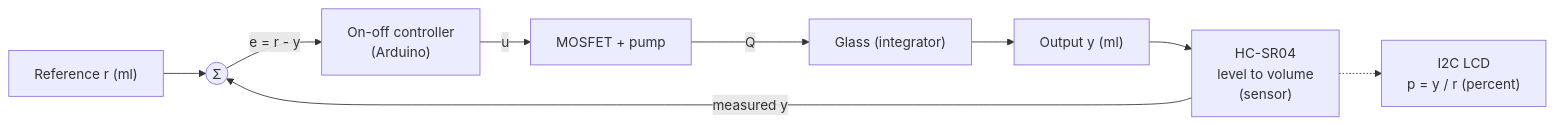
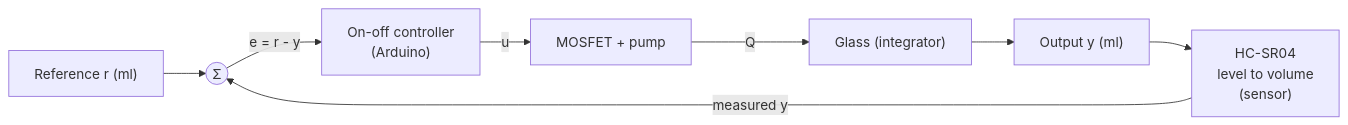
One commit to Rollie321/acads-notes changed the second of 3 diagrams in Feedback/Finals/Project/project-1/01-project-overview.md. Above: the diagram before and after it, drawn with Mermaid. The commit also changed other lines of this file and 6 other files, not shown here.

Commit message:
update schematics for water-level-sensor

````diff
--- a/Feedback/Finals/Project/project-1/01-project-overview.md
+++ b/Feedback/Finals/Project/project-1/01-project-overview.md
@@ -79,11 +77,10 @@
 ```mermaid
 flowchart LR
     R["Reference r (ml)"] --> S(("Σ"))
     S -->|"e = r - y"| C["On-off controller<br/>(Arduino)"]
     C -->|"u"| A["MOSFET + pump"]
     A -->|"Q"| G["Glass (integrator)"]
     G --> Y["Output y (ml)"]
     Y --> M["HC-SR04<br/>level to volume<br/>(sensor)"]
     M -->|"measured y"| S
-    M -.-> LCD["I2C LCD<br/>p = y / r (percent)"]
 ```
````
